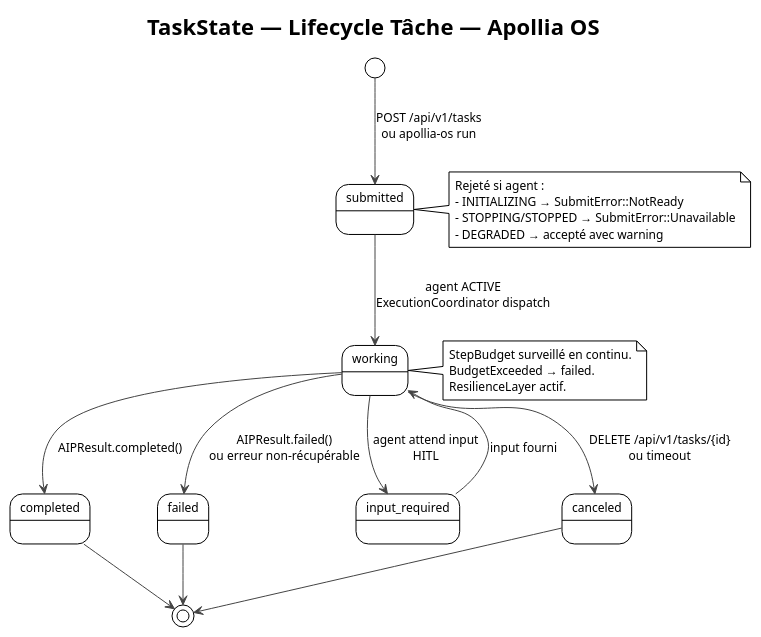
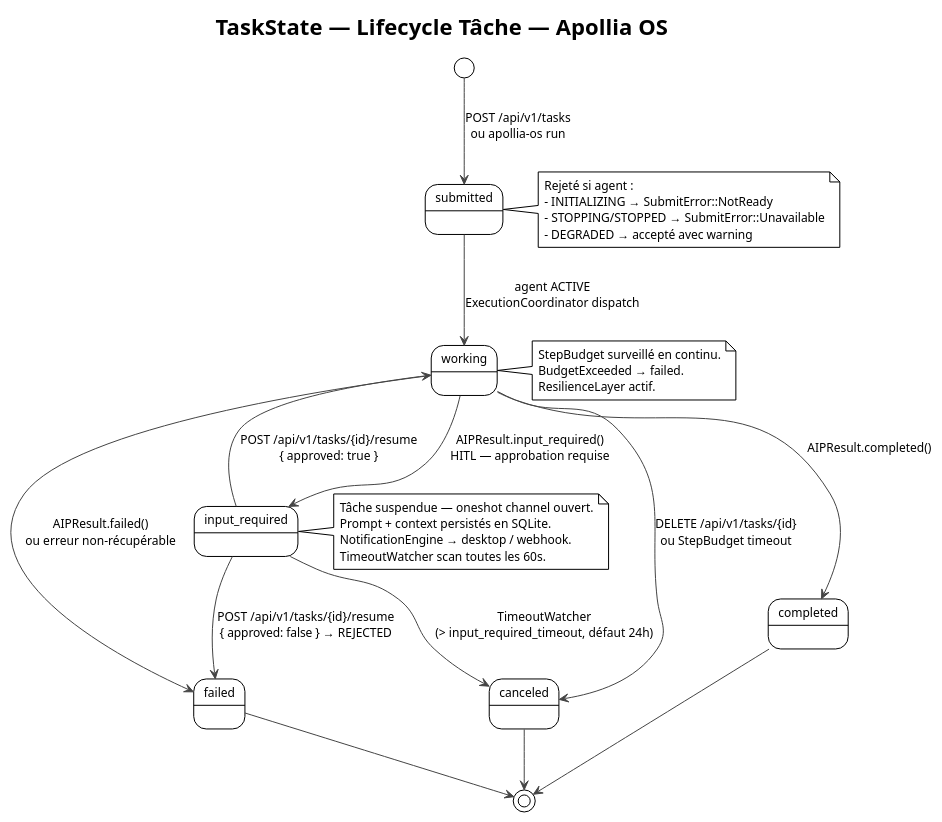
The diagram in docs/diagrams/state-task.puml (nidal-z/apollia-os), drawn with PlantUML before and after one commit. The commit also changed 15 other files, not shown here.

First line of the commit message:
feat(notifications): add Notifications Engine and HITL support

```diff
--- a/docs/diagrams/state-task.puml
+++ b/docs/diagrams/state-task.puml
@@ -1,39 +1,48 @@
 @startuml state-task
 !theme plain
 skinparam backgroundColor #FFFFFF
 skinparam defaultFontName "JetBrains Mono"
 skinparam defaultFontSize 12
 skinparam ArrowColor #444444
 skinparam BorderColor #444444
 
 title TaskState — Lifecycle Tâche — Apollia OS
 
 [*] --> submitted : POST /api/v1/tasks\nou apollia-os run
 
 submitted --> working : agent ACTIVE\nExecutionCoordinator dispatch
 
 working --> completed : AIPResult.completed()
 working --> failed : AIPResult.failed()\nou erreur non-récupérable
-working --> input_required : agent attend input\nHITL
-working --> canceled : DELETE /api/v1/tasks/{id}\nou timeout
+working --> input_required : AIPResult.input_required()\nHITL — approbation requise
+working --> canceled : DELETE /api/v1/tasks/{id}\nou StepBudget timeout
 
-input_required --> working : input fourni
+input_required --> working : POST /api/v1/tasks/{id}/resume\n{ approved: true }
+input_required --> failed : POST /api/v1/tasks/{id}/resume\n{ approved: false } → REJECTED
+input_required --> canceled : TimeoutWatcher\n(> input_required_timeout, défaut 24h)
 
 completed --> [*]
 failed --> [*]
 canceled --> [*]
 
 note right of submitted
   Rejeté si agent :
   - INITIALIZING → SubmitError::NotReady
   - STOPPING/STOPPED → SubmitError::Unavailable
   - DEGRADED → accepté avec warning
 end note
 
 note right of working
   StepBudget surveillé en continu.
   BudgetExceeded → failed.
   ResilienceLayer actif.
 end note
 
+note right of input_required
+  Tâche suspendue — oneshot channel ouvert.
+  Prompt + context persistés en SQLite.
+  NotificationEngine → desktop / webhook.
+  TimeoutWatcher scan toutes les 60s.
+end note
+
 @enduml
```
